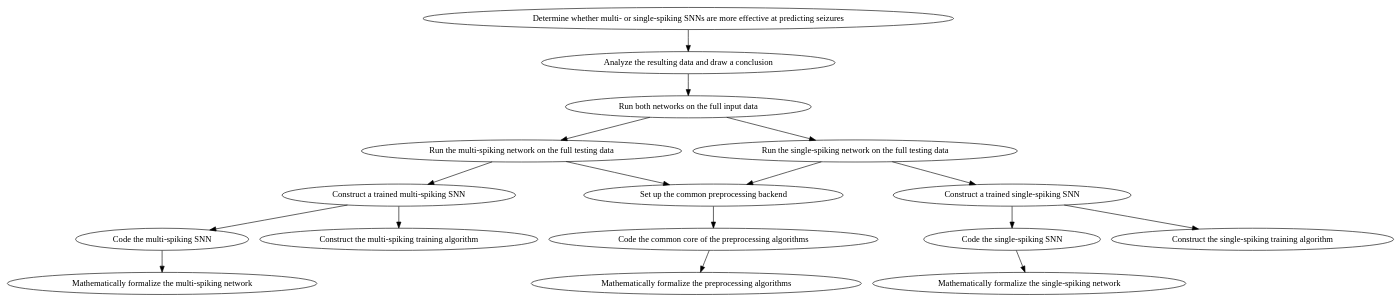
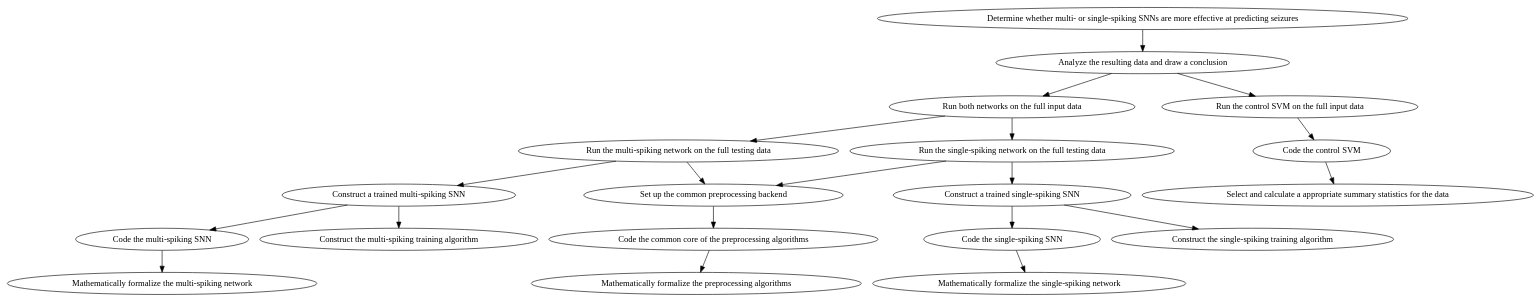
Before and after one commit to mwootten/snn-seizure-prediction: the diagram in tasks.gv, drawn with Graphviz. The commit also changed 1 other file, not shown here.

Commit message:
Update task diagram to include control

```diff
--- a/tasks.gv
+++ b/tasks.gv
@@ -1,35 +1,41 @@
 digraph G {
 	main [label="Determine whether multi- or single-spiking SNNs are more effective at predicting seizures"];
 	anyl [label="Analyze the resulting data and draw a conclusion"];
 	runn [label="Run both networks on the full input data"];
+	runc [label="Run the control SVM on the full input data"];
+	c_build [label="Code the control SVM"];
+	c_prep [label="Select and calculate a appropriate summary statistics for the data"];
 	mult_run [label="Run the multi-spiking network on the full testing data"];
 	sing_run [label="Run the single-spiking network on the full testing data"];
 	mult [label="Construct a trained multi-spiking SNN"];
 	sing [label="Construct a trained single-spiking SNN"];
 	prep [label="Set up the common preprocessing backend"];
 	m_build [label="Code the multi-spiking SNN"];
 	m_train [label="Construct the multi-spiking training algorithm"];
 	m_descr [label="Mathematically formalize the multi-spiking network"];
 	s_build [label="Code the single-spiking SNN"];
 	s_train [label="Construct the single-spiking training algorithm"];
 	s_descr [label="Mathematically formalize the single-spiking network"];
 	p_build [label="Code the common core of the preprocessing algorithms"];
 	p_descr [label="Mathematically formalize the preprocessing algorithms"];
 
 	main -> anyl;
 	anyl -> runn;
+	anyl -> runc;
 	runn -> mult_run;
 	runn -> sing_run;
 	mult_run -> prep;
 	mult_run -> mult;
 	mult -> m_train;
 	mult -> m_build;
 	m_build -> m_descr;
 	prep -> p_build;
 	p_build -> p_descr;
 	sing_run -> prep;
 	sing_run -> sing;
 	sing -> s_build;
 	sing -> s_train;
 	s_build -> s_descr;
+	runc -> c_build;
+	c_build -> c_prep;
 }
```
